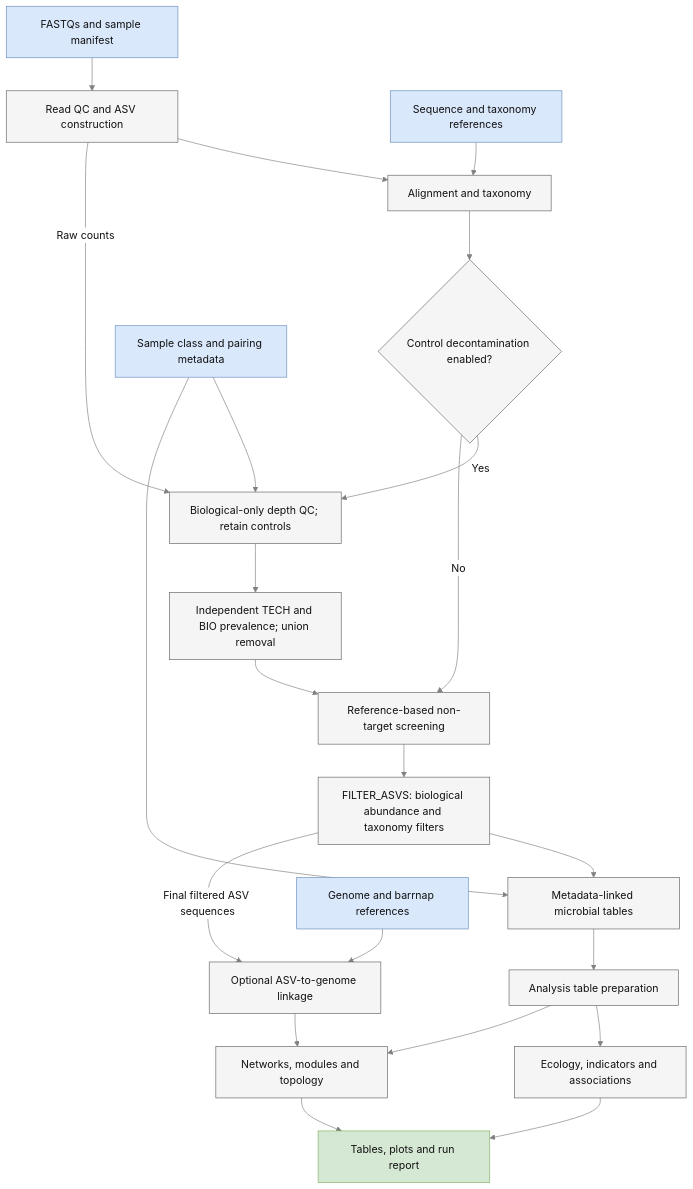
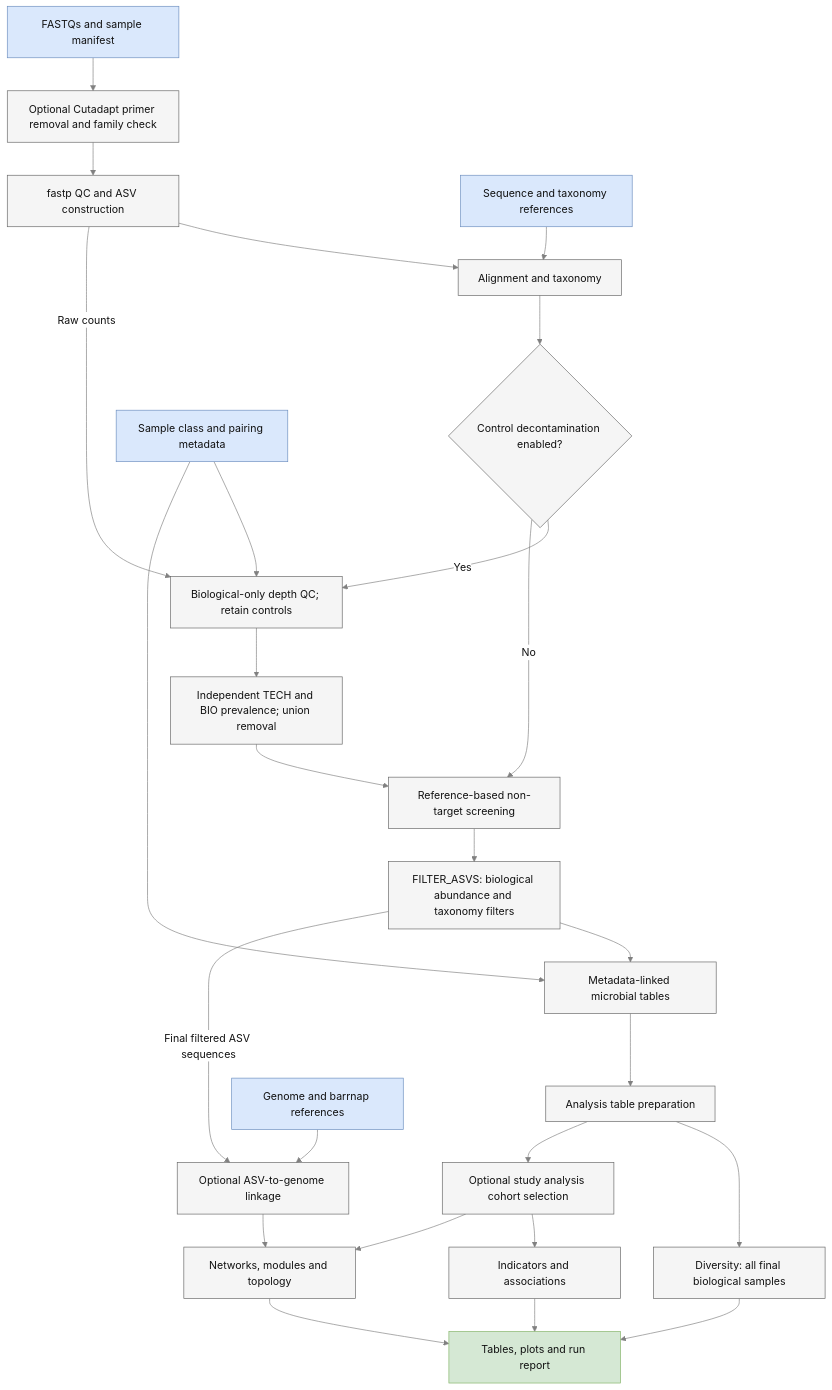
The diagram in docs/diagrams/workflow-1.mmd (hallamlab/ASPIRE), drawn with Mermaid before and after one commit. The commit also changed 65 other files, not shown here.

Commit message:
Integrate primer trimming and clarify analysis cohorts and run audits

```diff
--- a/docs/diagrams/workflow-1.mmd
+++ b/docs/diagrams/workflow-1.mmd
@@ -1,27 +1,31 @@
 %%{init: {"theme":"base","themeVariables":{"fontFamily":"Times New Roman, Times, serif","primaryColor":"#F5F5F5","primaryBorderColor":"#666666","lineColor":"#808080","defaultLinkColor":"#808080","primaryTextColor":"#111111","textColor":"#111111","edgeLabelBackground":"#FFFFFF"}}}%%
 flowchart TD
-    I[FASTQs and sample manifest] --> C[Read QC and ASV construction]
+    I[FASTQs and sample manifest] --> P[Optional Cutadapt primer removal and family check]
+    P --> C[fastp QC and ASV construction]
     R[Sequence and taxonomy references] --> T[Alignment and taxonomy]
     C --> T
     T --> D{Control decontamination enabled?}
     D -->|Yes| QC[Biological-only depth QC; retain controls]
     S[Sample class and pairing metadata] --> QC
     C -->|Raw counts| QC
     QC --> DC[Independent TECH and BIO prevalence; union removal]
     DC --> REF[Reference-based non-target screening]
     REF --> F[FILTER_ASVS: biological abundance and taxonomy filters]
     D -->|No| REF
     F --> M[Metadata-linked microbial tables]
     S --> M
     M --> A[Analysis table preparation]
-    A --> E[Ecology, indicators and associations]
-    A --> N[Networks, modules and topology]
+    A --> V[Diversity: all final biological samples]
+    A --> H[Optional study analysis cohort selection]
+    H --> E[Indicators and associations]
+    H --> N[Networks, modules and topology]
+    V --> O
     F -->|Final filtered ASV sequences| L[Optional ASV-to-genome linkage]
     G[Genome and barrnap references] --> L
     L --> N
     E --> O[Tables, plots and run report]
     N --> O
     classDef input fill:#DAE8FC,stroke:#6C8EBF,color:#111111
     classDef output fill:#D5E8D4,stroke:#82B366,color:#111111
     class I,R,S,G input
     class O output
```
